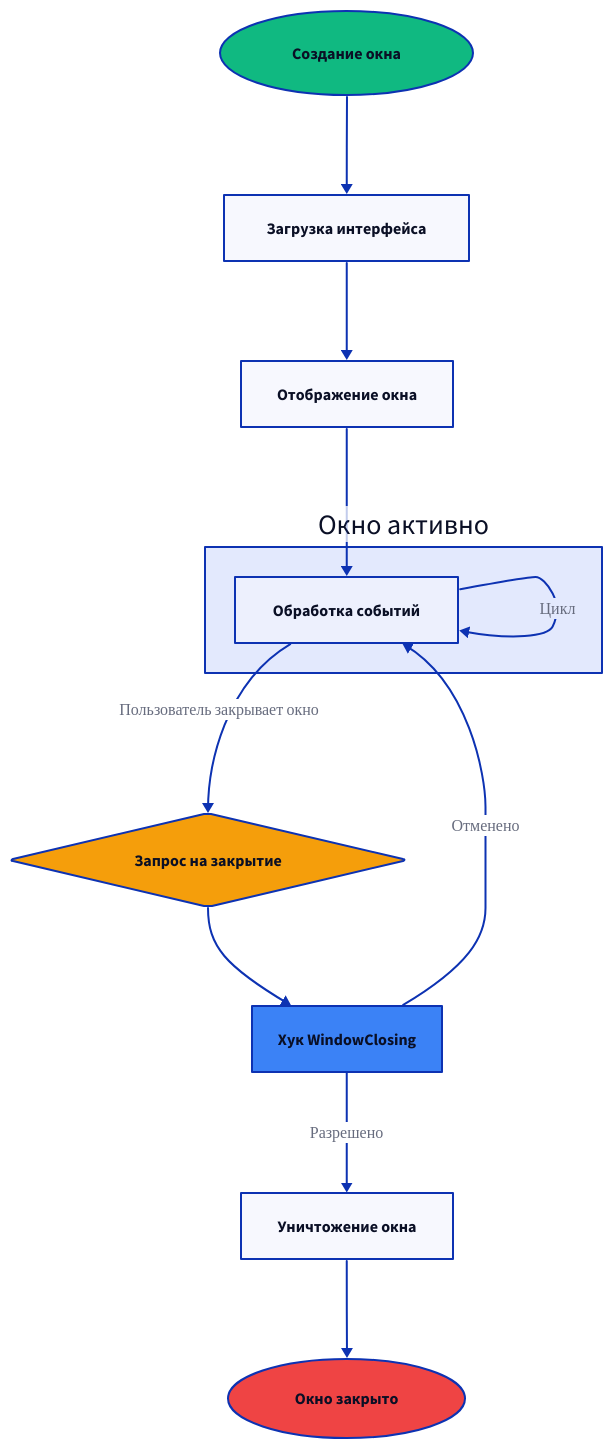
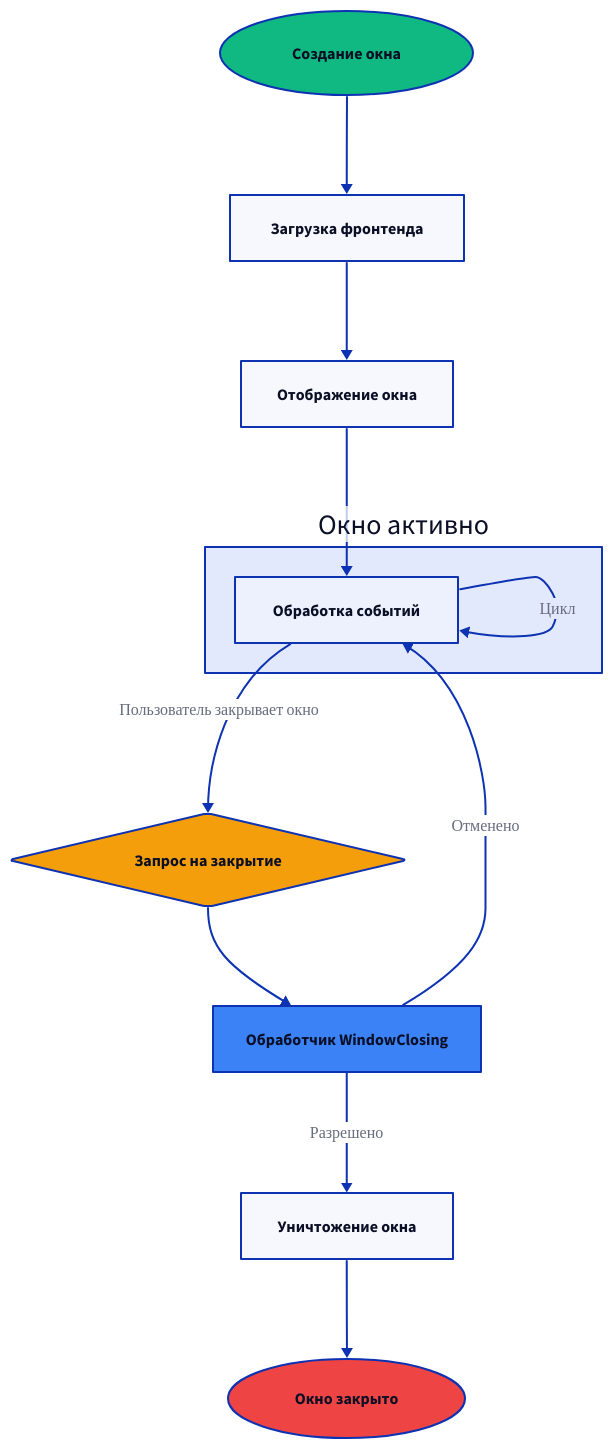
One commit to wailsapp/wails changed the second of 2 diagrams in docs/mpress/content/ru/concepts/lifecycle.md. Above: the diagram before and after it, drawn with D2. The commit also changed other lines of this file and 1096 other files, not shown here.

````diff
--- a/docs/mpress/content/ru/concepts/lifecycle.md
+++ b/docs/mpress/content/ru/concepts/lifecycle.md
@@ -451,51 +451,51 @@
 ```d2
 direction: down
 
 Create: Создание окна {
   shape: oval
   style.fill: "#10B981"
 }
 
-Load: Загрузка интерфейса {
+Load: Загрузка фронтенда {
   shape: rectangle
 }
 
 Show: Отображение окна {
   shape: rectangle
 }
 
 Active: Окно активно {
   Events: Обработка событий {
     shape: rectangle
   }
 }
 
 CloseRequest: Запрос на закрытие {
   shape: diamond
   style.fill: "#F59E0B"
 }
 
-Hook: Хук WindowClosing {
+Hook: Обработчик WindowClosing {
   shape: rectangle
   style.fill: "#3B82F6"
 }
 
 Destroy: Уничтожение окна {
   shape: rectangle
 }
 
 End: Окно закрыто {
   shape: oval
   style.fill: "#EF4444"
 }
 
 Create -> Load
 Load -> Show
 Show -> Active.Events
 Active.Events -> Active.Events: Цикл
 Active.Events -> CloseRequest: Пользователь закрывает окно
 CloseRequest -> Hook
 Hook -> Active.Events: Отменено
 Hook -> Destroy: Разрешено
 Destroy -> End
 ```
````
